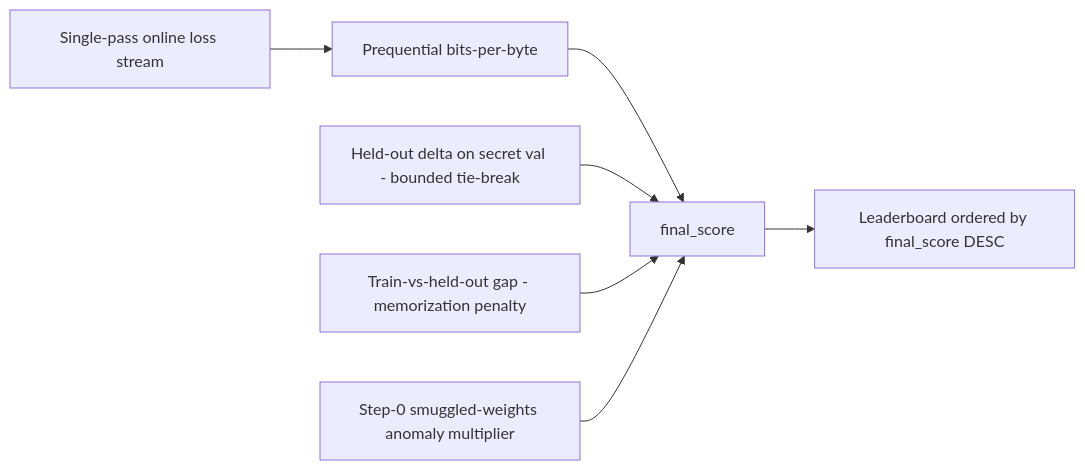
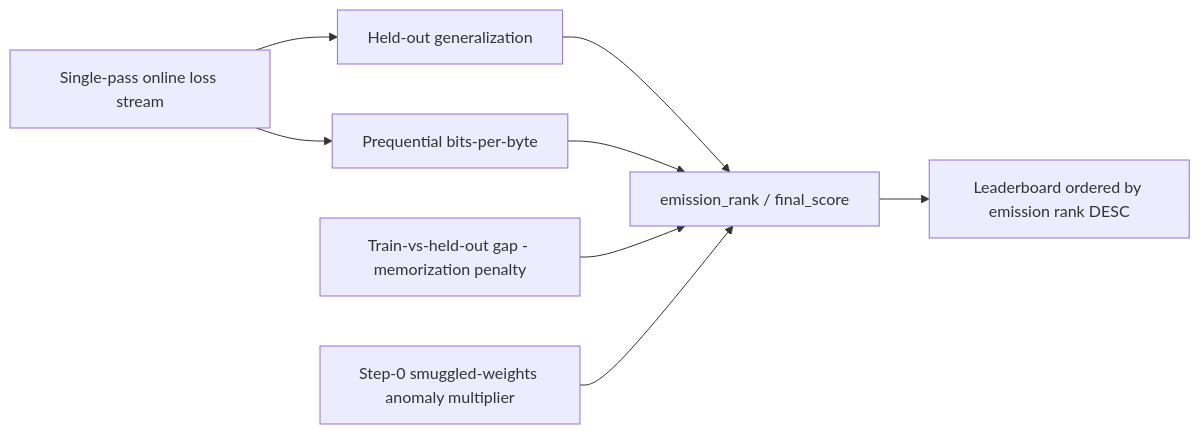
Before and after one commit to BaseIntelligence/prism: the diagram in docs/scoring.md, drawn with Mermaid. The commit also changed other lines of this file and 12 other files, not shown here.

First line of the commit message:
docs(prism): research-lab identity, 124M→350M ladder, emission held-out primary

````diff
--- a/docs/scoring.md
+++ b/docs/scoring.md
@@ -23,9 +20,10 @@
 ```mermaid
 flowchart LR
     Loss[Single-pass online loss stream] --> Bpb[Prequential bits-per-byte]
-    Bpb --> Final[final_score]
-    Tie[Held-out delta on secret val - bounded tie-break] --> Final
+    Loss --> Hold[Held-out generalization]
+    Hold --> Final[emission_rank / final_score]
+    Bpb --> Final
     Gap[Train-vs-held-out gap - memorization penalty] --> Final
     Anomaly[Step-0 smuggled-weights anomaly multiplier] --> Final
-    Final --> Board[Leaderboard ordered by final_score DESC]
+    Final --> Board[Leaderboard ordered by emission rank DESC]
 ```
````
